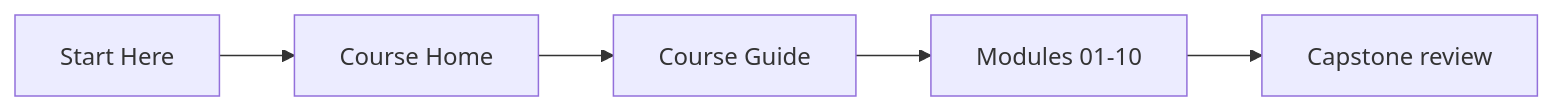
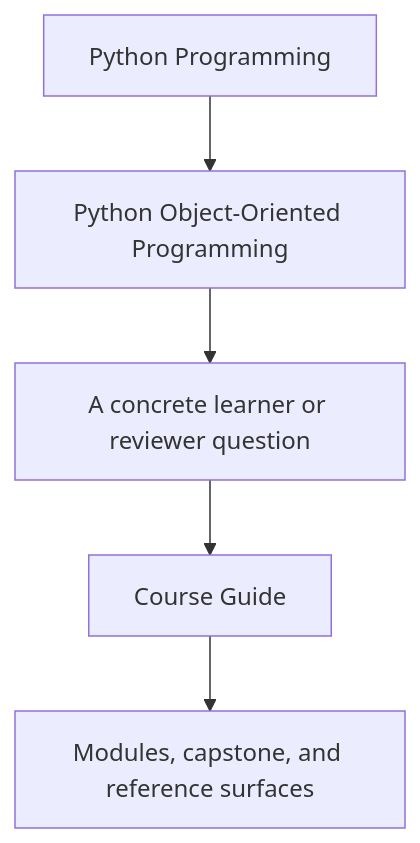
One commit to bijux/bijux-masterclass changed the first of 2 diagrams in programs/python-programming/python-object-oriented-programming/course-book/guides/course-guide.md. Above: the diagram before and after it, drawn with Mermaid. The commit also changed other lines of this file and 23 other files, not shown here.

Commit message:
docs(python-object-oriented-programming): sharpen guide and reference diagrams

````diff
--- a/programs/python-programming/python-object-oriented-programming/course-book/guides/course-guide.md
+++ b/programs/python-programming/python-object-oriented-programming/course-book/guides/course-guide.md
@@ -7,7 +7,7 @@
 ```mermaid
-graph LR
-  entry["Start Here"] --> home["Course Home"]
-  home --> guide["Course Guide"]
-  guide --> modules["Modules 01-10"]
-  modules --> capstone["Capstone review"]
+flowchart TD
+  family["Python Programming"] --> program["Python Object-Oriented Programming"]
+  program --> pressure["A concrete learner or reviewer question"]
+  pressure --> guide["Course Guide"]
+  guide --> next["Modules, capstone, and reference surfaces"]
 ```
````
